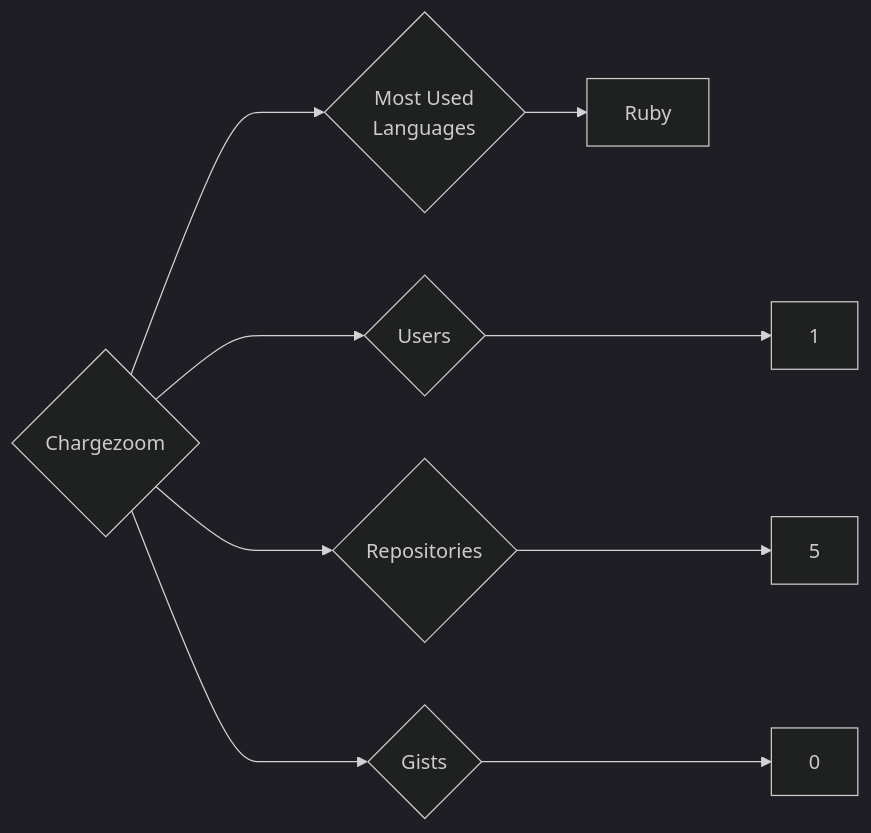
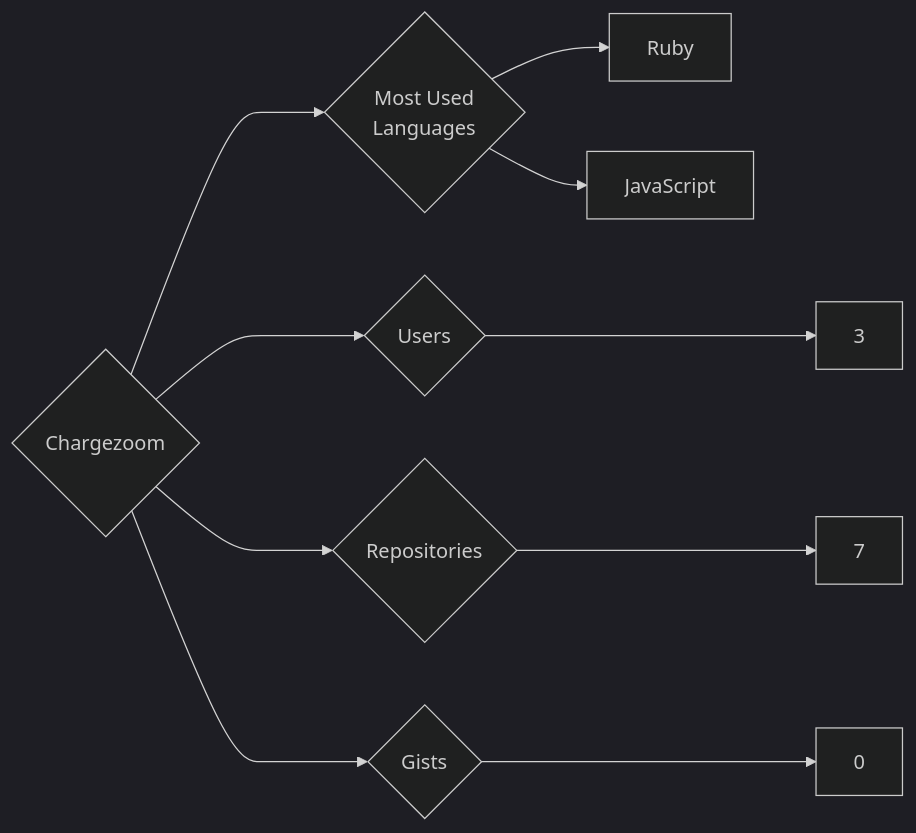
Before and after one commit to trickest/insiders: the diagram in targets/Chargezoom/README.md, drawn with Mermaid (dark theme). The commit also changed 745 other files, not shown here.

````diff
--- a/targets/Chargezoom/README.md
+++ b/targets/Chargezoom/README.md
@@ -3,9 +3,10 @@
 ```mermaid
 graph LR
 COMPANY_NAME{Chargezoom}
-COMPANY_NAME ---> U{Users} ---> UN[1]
-COMPANY_NAME ---> R{Repositories} ---> RN[5]
+COMPANY_NAME ---> U{Users} ---> UN[3]
+COMPANY_NAME ---> R{Repositories} ---> RN[7]
 COMPANY_NAME ---> G{Gists} ---> GN[0]
 COMPANY_NAME ---> ML{Most Used<br>Languages}
 ML --> Ruby[Ruby]
+ML --> JavaScript[JavaScript]
 ```
````
